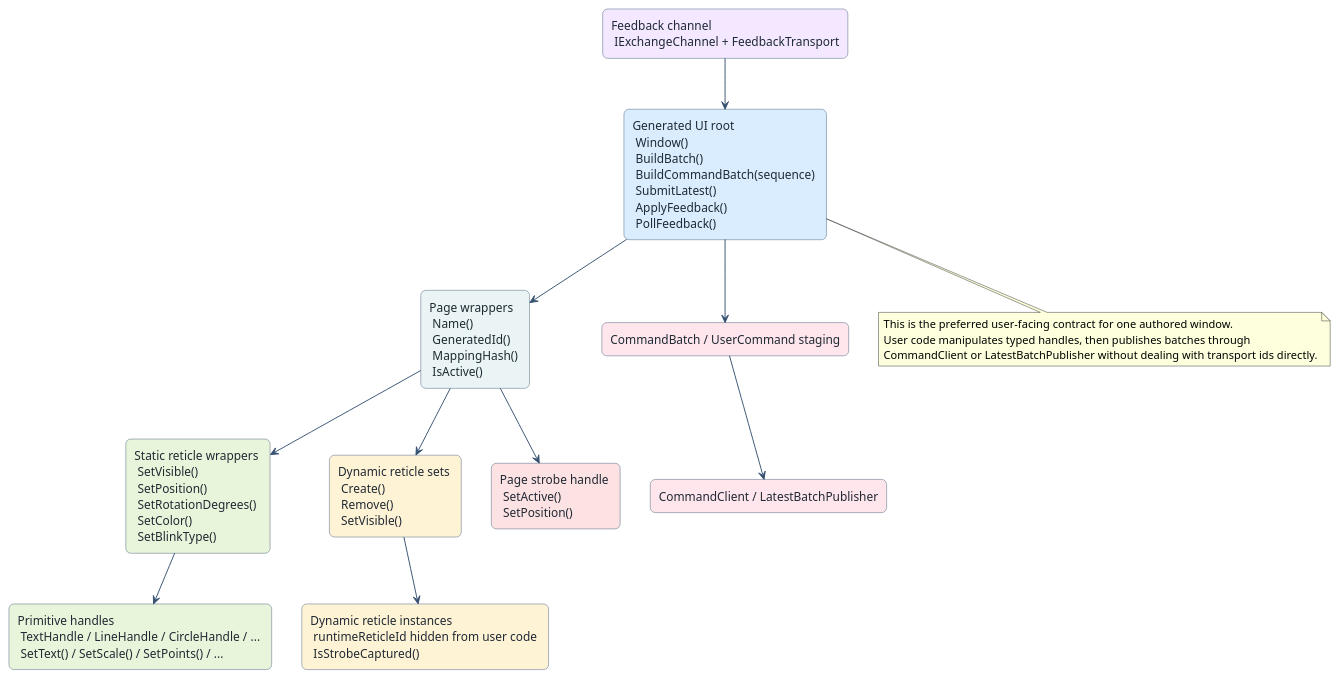
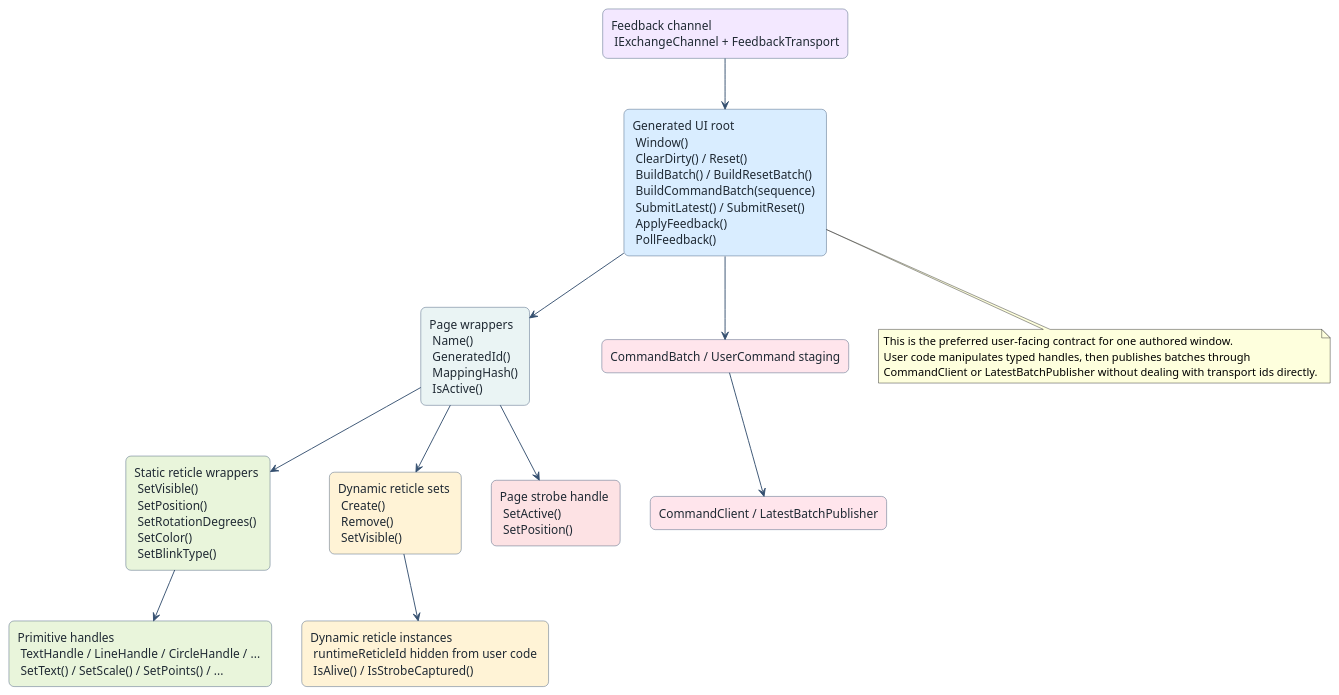
The diagram in docs/user_guide/diagrams/13_generated_api_user_contract.puml (benoitfragit/MFDStudio), drawn with PlantUML before and after one commit. The commit also changed 19 other files, not shown here.

Commit message:
Implement authored-state reset for generated client UI

```diff
--- a/docs/user_guide/diagrams/13_generated_api_user_contract.puml
+++ b/docs/user_guide/diagrams/13_generated_api_user_contract.puml
@@ -1,41 +1,41 @@
 @startuml
 skinparam backgroundColor #FFFFFF
 skinparam shadowing false
 skinparam defaultFontName Segoe UI
 skinparam packageStyle rectangle
 skinparam ArrowColor #355070
 skinparam ArrowThickness 1.1
 skinparam rectangle {
   RoundCorner 12
   BorderColor #355070
   FontColor #1F2933
 }
 top to bottom direction
 
-rectangle "Generated UI root \n Window() \n BuildBatch() \n BuildCommandBatch(sequence) \n SubmitLatest() \n ApplyFeedback() \n PollFeedback()" as UiRoot #D9EDFF
+rectangle "Generated UI root \n Window() \n ClearDirty() / Reset() \n BuildBatch() / BuildResetBatch() \n BuildCommandBatch(sequence) \n SubmitLatest() / SubmitReset() \n ApplyFeedback() \n PollFeedback()" as UiRoot #D9EDFF
 rectangle "Page wrappers \n Name() \n GeneratedId() \n MappingHash() \n IsActive()" as Pages #EAF4F4
 rectangle "Static reticle wrappers \n SetVisible() \n SetPosition() \n SetRotationDegrees() \n SetColor() \n SetBlinkType()" as Reticles #E9F5DB
 rectangle "Primitive handles \n TextHandle / LineHandle / CircleHandle / ... \n SetText() / SetScale() / SetPoints() / ..." as Primitives #E9F5DB
 rectangle "Dynamic reticle sets \n Create() \n Remove() \n SetVisible()" as DynamicSets #FFF3D6
-rectangle "Dynamic reticle instances \n runtimeReticleId hidden from user code \n IsStrobeCaptured()" as DynamicInstances #FFF3D6
+rectangle "Dynamic reticle instances \n runtimeReticleId hidden from user code \n IsAlive() / IsStrobeCaptured()" as DynamicInstances #FFF3D6
 rectangle "Page strobe handle \n SetActive() \n SetPosition()" as Strobe #FDE2E4
 rectangle "CommandBatch / UserCommand staging" as Batches #FFE5EC
 rectangle "CommandClient / LatestBatchPublisher" as Transport #FFE5EC
 rectangle "Feedback channel \n IExchangeChannel + FeedbackTransport" as Feedback #F3E8FF
 
 UiRoot --> Pages
 Pages --> Reticles
 Reticles --> Primitives
 Pages --> DynamicSets
 DynamicSets --> DynamicInstances
 Pages --> Strobe
 UiRoot --> Batches
 Batches --> Transport
 Feedback --> UiRoot
 
 note bottom of UiRoot
 This is the preferred user-facing contract for one authored window.
 User code manipulates typed handles, then publishes batches through
 CommandClient or LatestBatchPublisher without dealing with transport ids directly.
 end note
 @enduml
```
